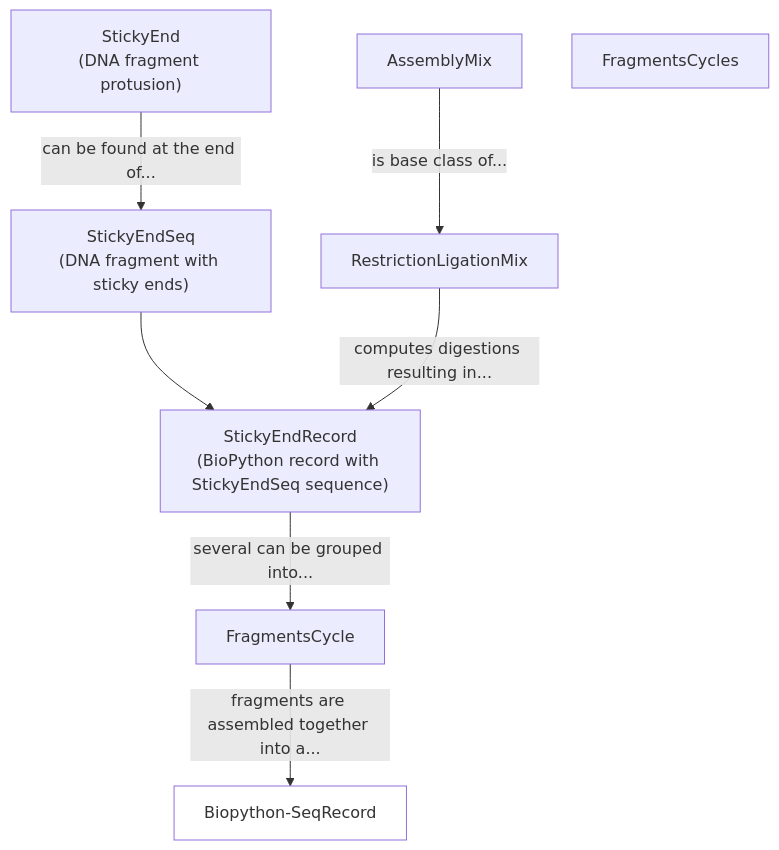
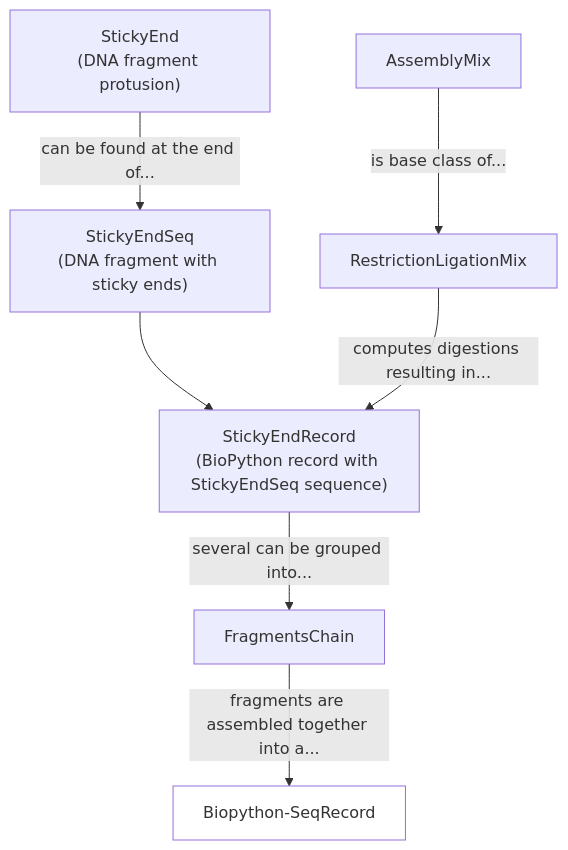
The diagram in docs/ref.rst (Edinburgh-Genome-Foundry/DnaCauldron), drawn with Mermaid before and after one commit. The commit also changed other lines of this file and 4 other files, not shown here.

```diff
--- a/docs/ref.rst
+++ b/docs/ref.rst
@@ -6,16 +9,16 @@
 .. mermaid::
+   :align: center
 
     graph TD;
         StickyEnd["StickyEnd<br/>(DNA fragment protusion)"]
         StickyEndSeq["StickyEndSeq<br/>(DNA fragment with sticky ends)"]
         StickyEndRecord["StickyEndRecord<br/>(BioPython record with StickyEndSeq sequence)"]
         AssemblyMix
         RestrictionLigationMix
-        FragmentsCycles
         StickyEnd-->|can be found at the end of...| StickyEndSeq;
         StickyEndSeq-->StickyEndRecord;
-        StickyEndRecord -->|several can be grouped into...| FragmentsCycle
+        StickyEndRecord -->|several can be grouped into...| FragmentsChain
         AssemblyMix  --> |is base class of...| RestrictionLigationMix
         RestrictionLigationMix -->|computes digestions resulting in...| StickyEndRecord
-        FragmentsCycle --> |fragments are assembled together into a...| Biopython-SeqRecord
+        FragmentsChain --> |fragments are assembled together into a...| Biopython-SeqRecord
         style Biopython-SeqRecord fill:#fff;
```
